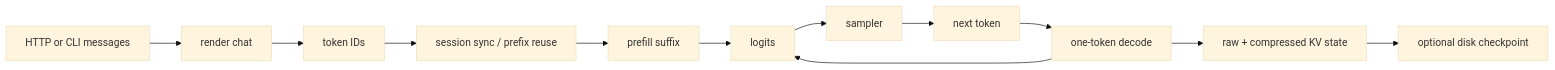
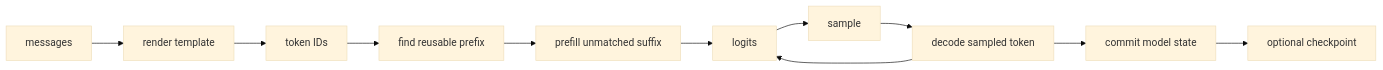
The diagram in docs/inference-handbook/02-execution-path.md (Enucatl/ds4), drawn with Mermaid (base theme) before and after one commit. The commit also changed other lines of this file and 12 other files, not shown here.

````diff
--- a/docs/inference-handbook/02-execution-path.md
+++ b/docs/inference-handbook/02-execution-path.md
@@ -7,14 +13,13 @@
 ```mermaid
 flowchart LR
-  A[HTTP or CLI messages] --> B[render chat]
+  A[messages] --> B[render template]
   B --> C[token IDs]
-  C --> D[session sync / prefix reuse]
-  D --> E[prefill suffix]
+  C --> D[find reusable prefix]
+  D --> E[prefill unmatched suffix]
   E --> F[logits]
-  F --> G[sampler]
-  G --> H[next token]
-  H --> I[one-token decode]
-  I --> F
-  I --> J[raw + compressed KV state]
-  J --> K[optional disk checkpoint]
+  F --> G[sample]
+  G --> H[decode sampled token]
+  H --> F
+  H --> I[commit model state]
+  I --> J[optional checkpoint]
 ```
````
